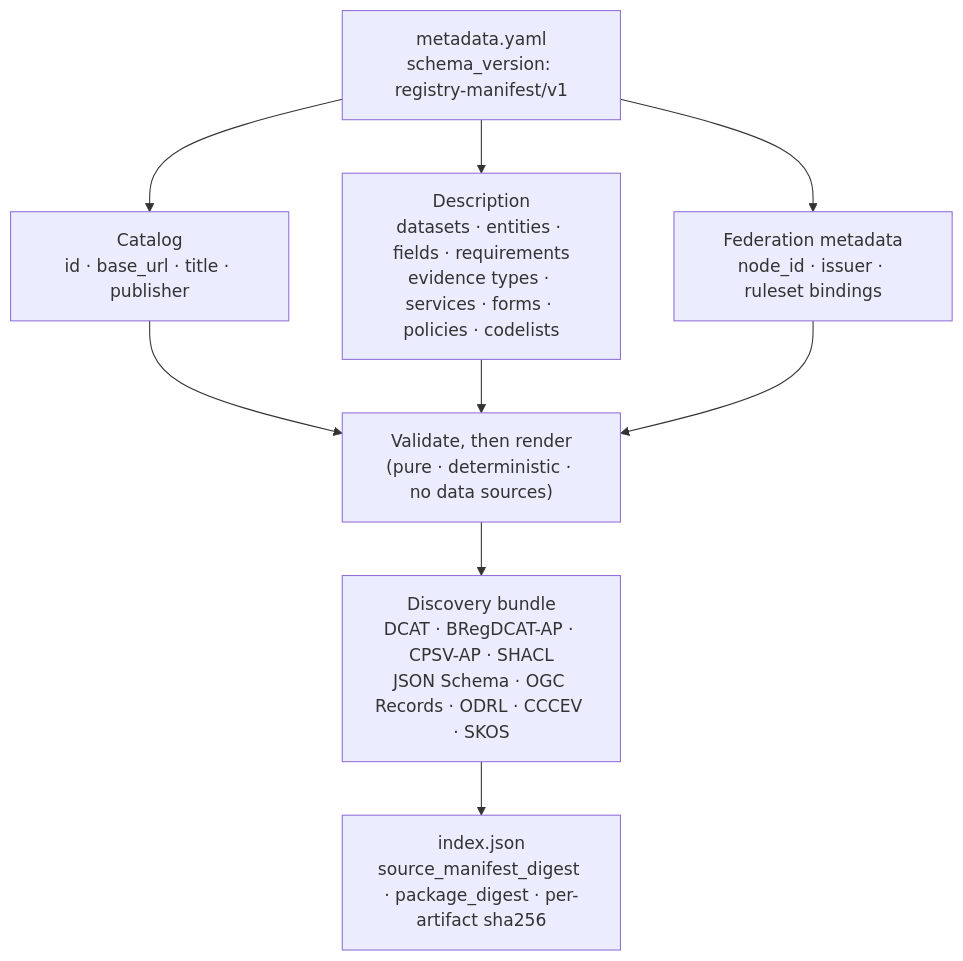
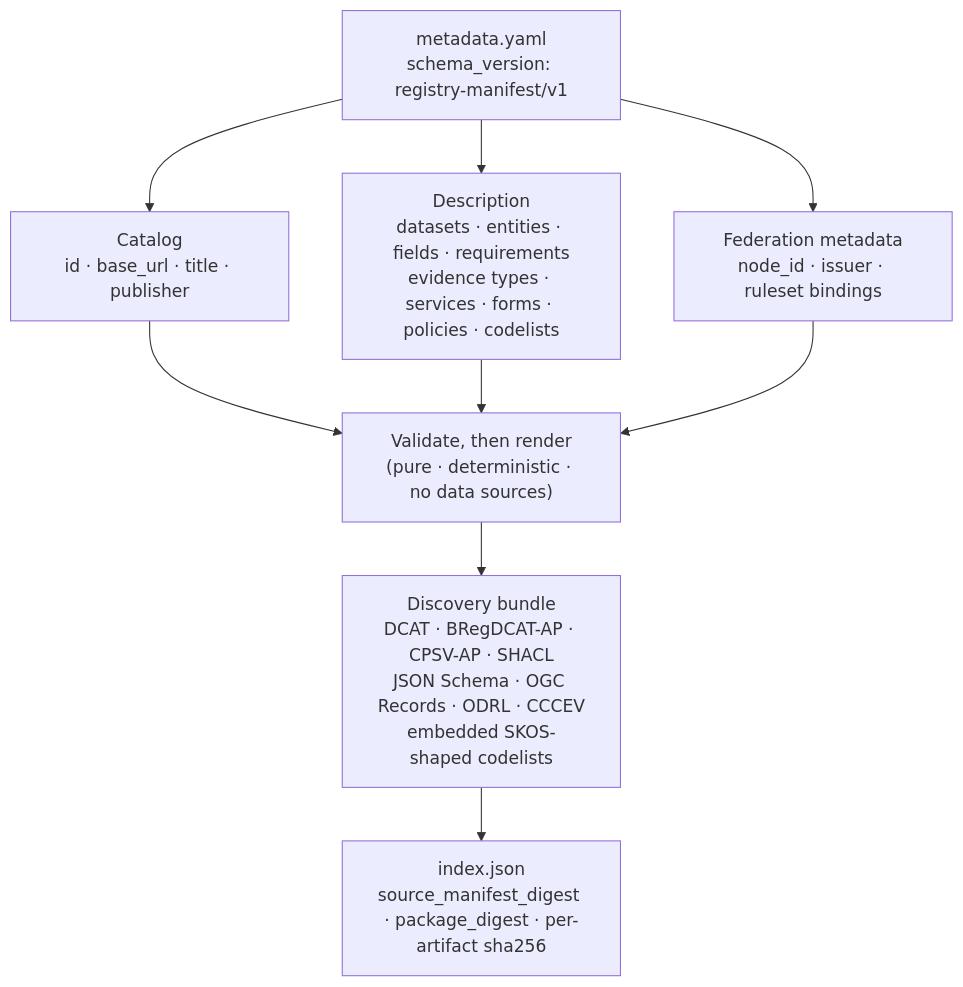
One commit to registrystack/registry-stack changed the diagram in imports/registry-docs/src/content/docs/spec/rs-dm-manifest.mdx. Above: the diagram before and after it, drawn with Mermaid. The commit also changed other lines of this file and 30 other files, not shown here.

````diff
--- a/imports/registry-docs/src/content/docs/spec/rs-dm-manifest.mdx
+++ b/imports/registry-docs/src/content/docs/spec/rs-dm-manifest.mdx
@@ -67,17 +71,17 @@
 ```mermaid
 flowchart TD
     manifest["metadata.yaml<br/>schema_version: registry-manifest/v1"]
     catalog["Catalog<br/>id · base_url · title · publisher"]
     describe["Description<br/>datasets · entities · fields · requirements<br/>evidence types · services · forms · policies · codelists"]
     federation["Federation metadata<br/>node_id · issuer · ruleset bindings"]
     render["Validate, then render<br/>(pure · deterministic · no data sources)"]
-    bundle["Discovery bundle<br/>DCAT · BRegDCAT-AP · CPSV-AP · SHACL<br/>JSON Schema · OGC Records · ODRL · CCCEV · SKOS"]
+    bundle["Discovery bundle<br/>DCAT · BRegDCAT-AP · CPSV-AP · SHACL<br/>JSON Schema · OGC Records · ODRL · CCCEV<br/>embedded SKOS-shaped codelists"]
     index["index.json<br/>source_manifest_digest · package_digest · per-artifact sha256"]
     manifest --> catalog
     manifest --> describe
     manifest --> federation
     catalog --> render
     describe --> render
     federation --> render
     render --> bundle --> index
 ```
````
